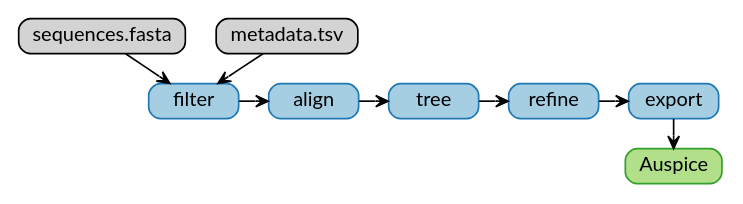
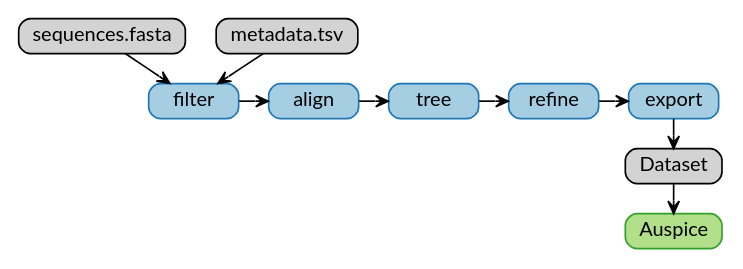
One commit to nextstrain/docs.nextstrain.org changed the fourth of 5 diagrams in src/learn/parts.rst. Above: the diagram before and after it, drawn with Graphviz. The commit also changed other lines of this file and 10 other files, not shown here.

```diff
--- a/src/learn/parts.rst
+++ b/src/learn/parts.rst
@@ -125,41 +123,44 @@
 .. graphviz::
     :align: center
 
     digraph {
         graph [
             ranksep=0.25,
         ];
 
         node [
             shape=box,
             style="rounded, filled",
             fontname="Lato, 'Helvetica Neue', sans-serif",
             fontsize=12,
             height=0.1,
             colorscheme=paired10,
         ];
 
         edge [
             arrowhead=open,
             arrowsize=0.75,
         ];
 
         subgraph Augur {
             graph [rank=same];
             node [fillcolor=1, color=2];
             filter -> align -> tree -> refine -> export;
         }
 
+        Dataset;
+
         Auspice [fillcolor=3, color=4];
 
-        export -> Auspice;
+        export -> Dataset;
+        Dataset -> Auspice;
 
         subgraph inputs {
             graph [rank=same];
             sequences [label="sequences.fasta"];
             metadata [label="metadata.tsv"];
         }
 
         sequences -> filter;
         metadata -> filter;
     }
```
